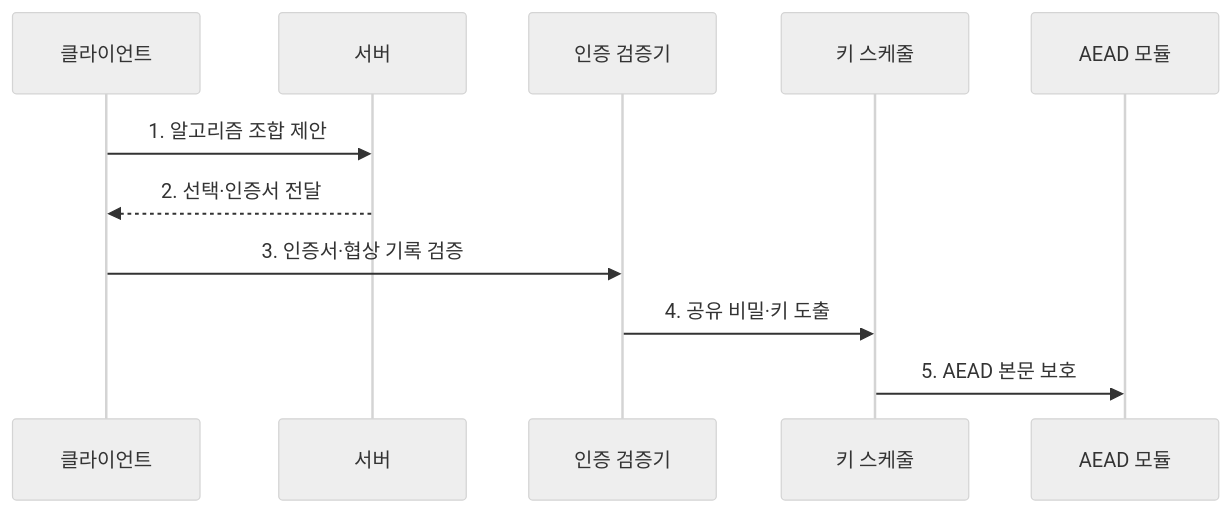
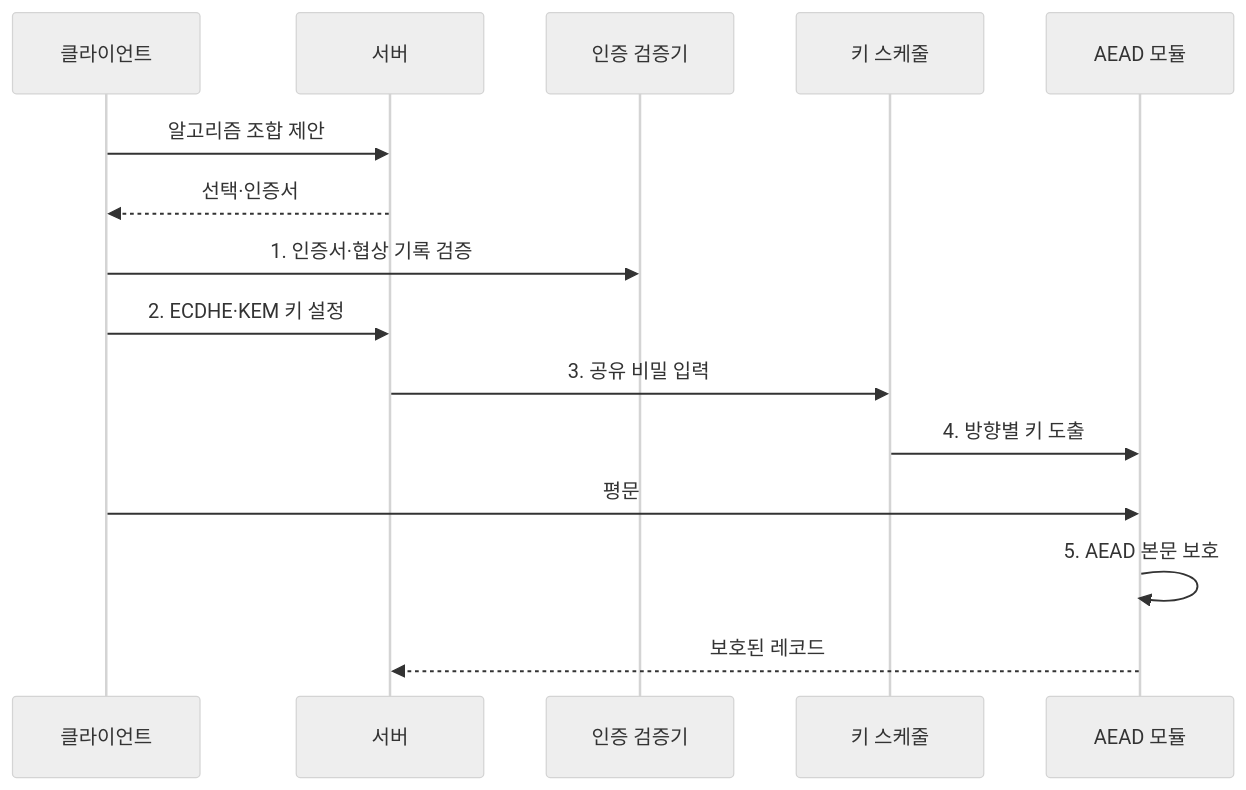
One commit to agnusdei1207/knowledge-base changed the second of 2 diagrams in src/content/docs/notes/05-security/003_hybrid_cryptography.md. Above: the diagram before and after it, drawn with Mermaid (neutral theme). The commit also changed other lines of this file and 20 other files, not shown here.

````diff
--- a/src/content/docs/notes/05-security/003_hybrid_cryptography.md
+++ b/src/content/docs/notes/05-security/003_hybrid_cryptography.md
@@ -88,13 +88,17 @@
 ```mermaid
 sequenceDiagram
     participant C as 클라이언트
     participant S as 서버
     participant V as 인증 검증기
     participant K as 키 스케줄
     participant A as AEAD 모듈
-    C->>S: 1. 알고리즘 조합 제안
-    S-->>C: 2. 선택·인증서 전달
-    C->>V: 3. 인증서·협상 기록 검증
-    V->>K: 4. 공유 비밀·키 도출
-    K->>A: 5. AEAD 본문 보호
+    C->>S: 알고리즘 조합 제안
+    S-->>C: 선택·인증서
+    C->>V: 1. 인증서·협상 기록 검증
+    C->>S: 2. ECDHE·KEM 키 설정
+    S->>K: 3. 공유 비밀 입력
+    K->>A: 4. 방향별 키 도출
+    C->>A: 평문
+    A->>A: 5. AEAD 본문 보호
+    A-->>S: 보호된 레코드
 ```
````
